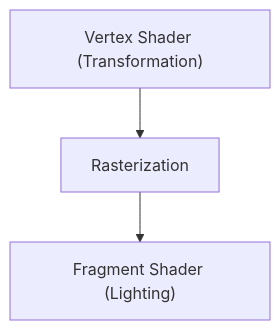
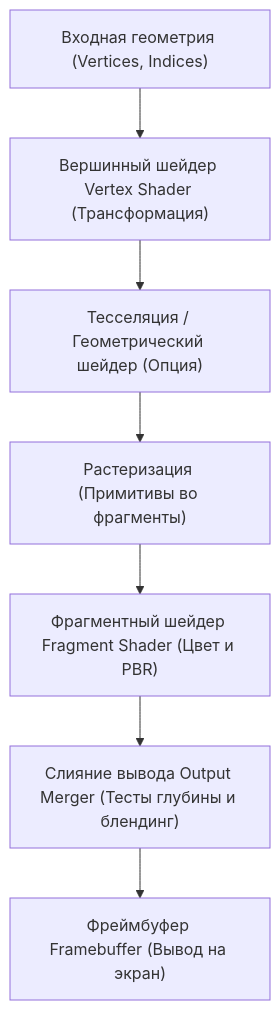
The diagram in content/post/tech-3d-engine/index.ru.md (kenjinote/blog), drawn with Mermaid before and after one commit. The commit also changed other lines of this file and 219 other files, not shown here.

````diff
--- a/content/post/tech-3d-engine/index.ru.md
+++ b/content/post/tech-3d-engine/index.ru.md
@@ -17,5 +28,9 @@
 ```mermaid
 flowchart TD
-    A["Vertex Shader (Transformation)"] --> B["Rasterization"]
-    B --> C["Fragment Shader (Lighting)"]
+    A["Входная геометрия (Vertices, Indices)"] --> B["Вершинный шейдер Vertex Shader (Трансформация)"]
+    B --> C["Тесселяция / Геометрический шейдер (Опция)"]
+    C --> D["Растеризация (Примитивы во фрагменты)"]
+    D --> E["Фрагментный шейдер Fragment Shader (Цвет и PBR)"]
+    E --> F["Слияние вывода Output Merger (Тесты глубины и блендинг)"]
+    F --> G["Фреймбуфер Framebuffer (Вывод на экран)"]
 ```
````
